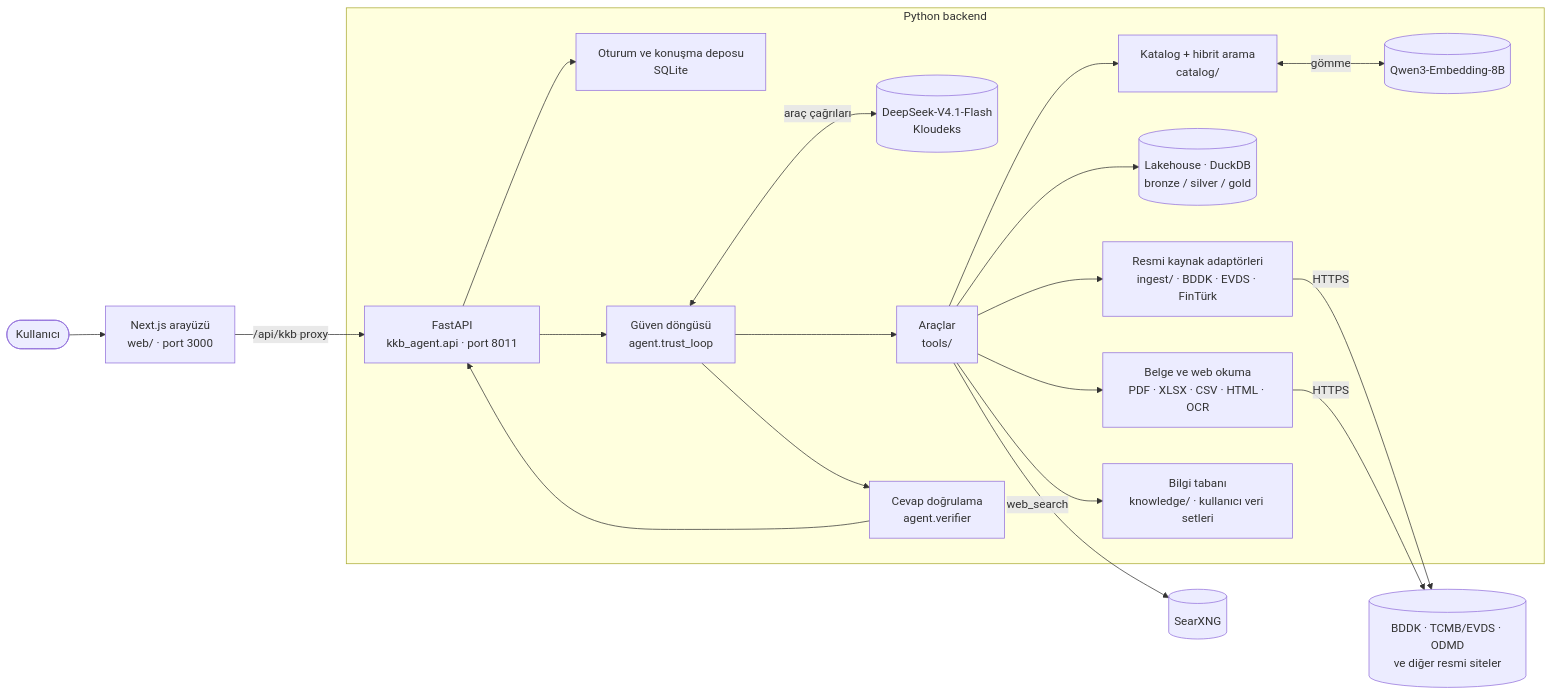
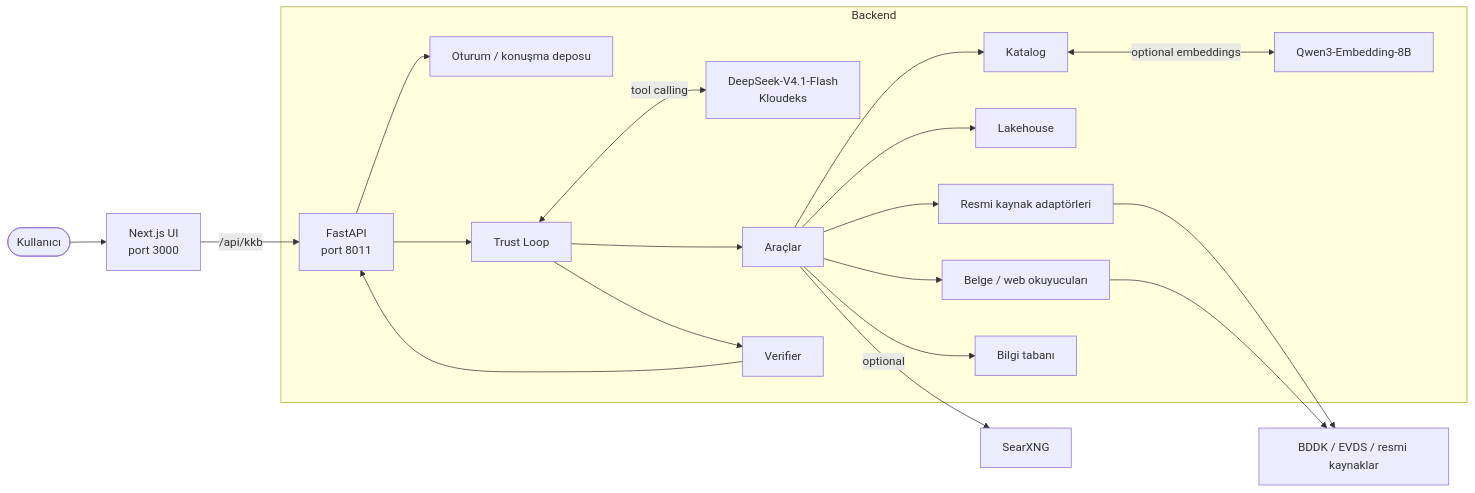
The first of 3 diagrams in README.md (cagatayeroglu/KKB-DataTrio), drawn with Mermaid before and after one commit. The commit also changed other lines of this file, not shown here.

````diff
--- a/README.md
+++ b/README.md
@@ -191,24 +443,29 @@
 ```mermaid
 flowchart LR
-    U([Kullanıcı]) --> W[Next.js arayüzü<br/>web/ · port 3000]
-    W -->|/api/kkb proxy| A[FastAPI<br/>kkb_agent.api · port 8011]
+    U([Kullanıcı]) --> W[Next.js UI<br/>port 3000]
+    W -->|/api/kkb| A[FastAPI<br/>port 8011]
 
-    subgraph Backend[Python backend]
-        A --> S[Oturum ve konuşma deposu<br/>SQLite]
-        A --> L[Güven döngüsü<br/>agent.trust_loop]
-        L <-->|araç çağrıları| M[(DeepSeek-V4.1-Flash<br/>Kloudeks)]
-        L --> T[Araçlar<br/>tools/]
-        T --> C[Katalog + hibrit arama<br/>catalog/]
-        T --> LH[(Lakehouse · DuckDB<br/>bronze / silver / gold)]
-        T --> ING[Resmi kaynak adaptörleri<br/>ingest/ · BDDK · EVDS · FinTürk]
-        T --> DOC[Belge ve web okuma<br/>PDF · XLSX · CSV · HTML · OCR]
-        T --> KB[Bilgi tabanı<br/>knowledge/ · kullanıcı veri setleri]
-        C <-->|gömme| E[(Qwen3-Embedding-8B)]
-        L --> V[Cevap doğrulama<br/>agent.verifier]
+    subgraph Backend
+        A --> S[Oturum / konuşma deposu]
+        A --> L[Trust Loop]
+
+        L <-->|tool calling| M[DeepSeek-V4.1-Flash<br/>Kloudeks]
+
+        L --> T[Araçlar]
+        T --> C[Katalog]
+        T --> LH[Lakehouse]
+        T --> ING[Resmi kaynak adaptörleri]
+        T --> DOC[Belge / web okuyucuları]
+        T --> KB[Bilgi tabanı]
+
+        C <-->|optional embeddings| E[Qwen3-Embedding-8B]
+
+        L --> V[Verifier]
     end
 
-    ING -->|HTTPS| SRC[(BDDK · TCMB/EVDS · ODMD<br/>ve diğer resmi siteler)]
-    DOC -->|HTTPS| SRC
-    T -->|web_search| SX[(SearXNG)]
+    ING --> SRC[BDDK / EVDS / resmi kaynaklar]
+    DOC --> SRC
+    T -->|optional| SX[SearXNG]
+
     V --> A
 ```
````
